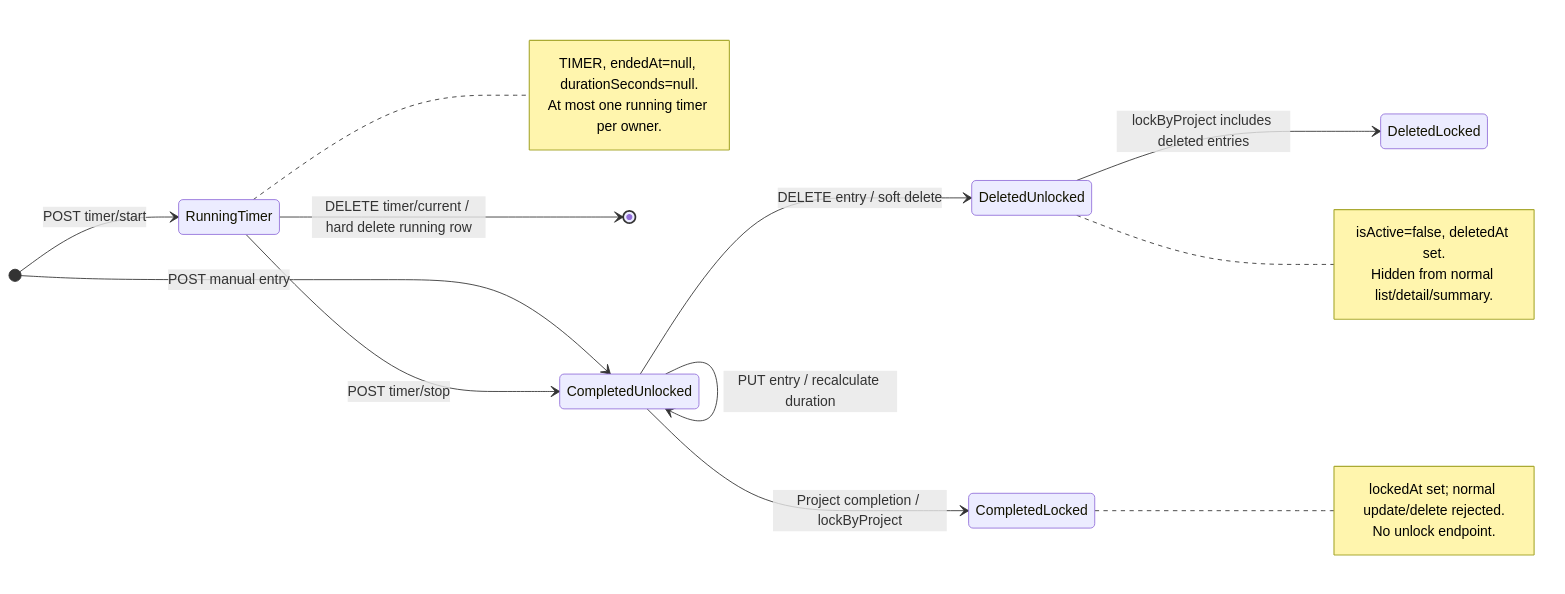
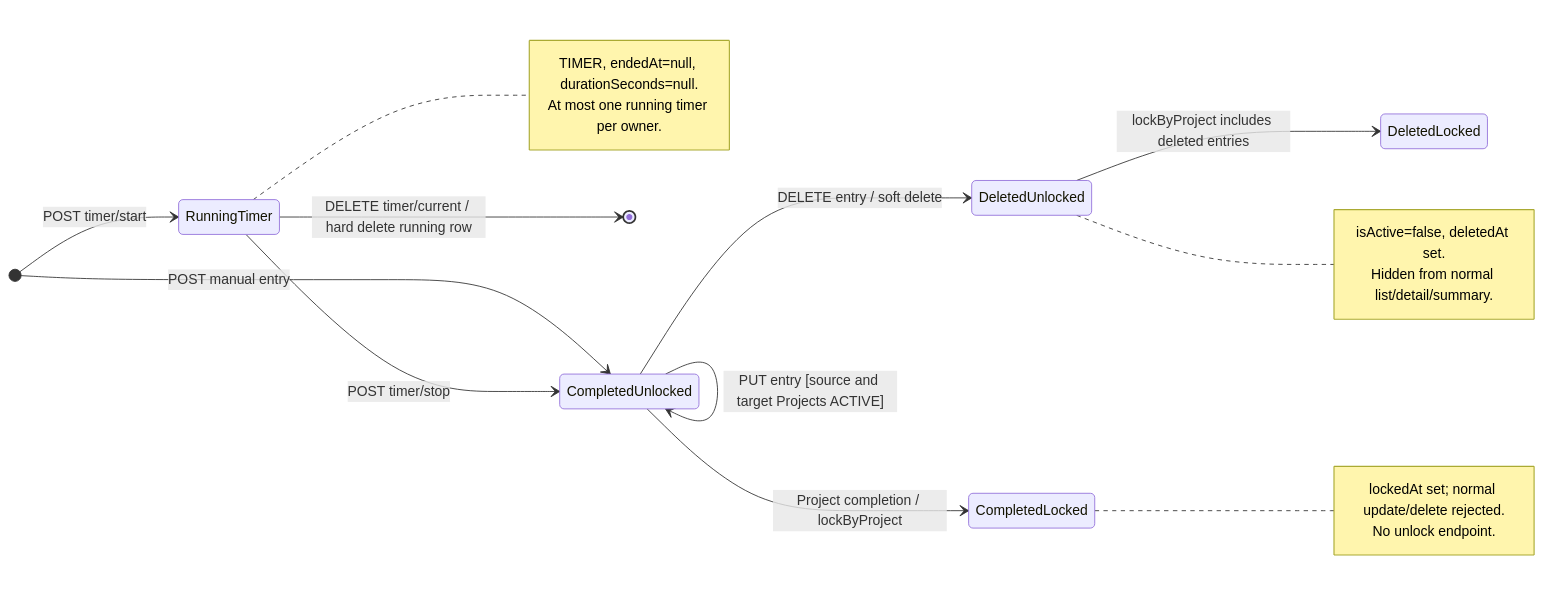
Before and after one commit to lillianxhub/freelance-hub: the fourth of 4 diagrams in doc/diagrams/state-diagram.md, drawn with Mermaid. The commit also changed other lines of this file and 12 other files, not shown here.

````diff
--- a/doc/diagrams/state-diagram.md
+++ b/doc/diagrams/state-diagram.md
@@ -110,24 +110,24 @@
 ```mermaid
 stateDiagram-v2
     direction LR
     [*] --> RunningTimer: POST timer/start
     [*] --> CompletedUnlocked: POST manual entry
     RunningTimer --> CompletedUnlocked: POST timer/stop
     RunningTimer --> [*]: DELETE timer/current / hard delete running row
-    CompletedUnlocked --> CompletedUnlocked: PUT entry / recalculate duration
+    CompletedUnlocked --> CompletedUnlocked: PUT entry [source and target Projects ACTIVE]
     CompletedUnlocked --> CompletedLocked: Project completion / lockByProject
     CompletedUnlocked --> DeletedUnlocked: DELETE entry / soft delete
     DeletedUnlocked --> DeletedLocked: lockByProject includes deleted entries
     note right of RunningTimer
         TIMER, endedAt=null, durationSeconds=null.
         At most one running timer per owner.
     end note
     note right of CompletedLocked
         lockedAt set; normal update/delete rejected.
         No unlock endpoint.
     end note
     note right of DeletedUnlocked
         isActive=false, deletedAt set.
         Hidden from normal list/detail/summary.
     end note
 ```
````
